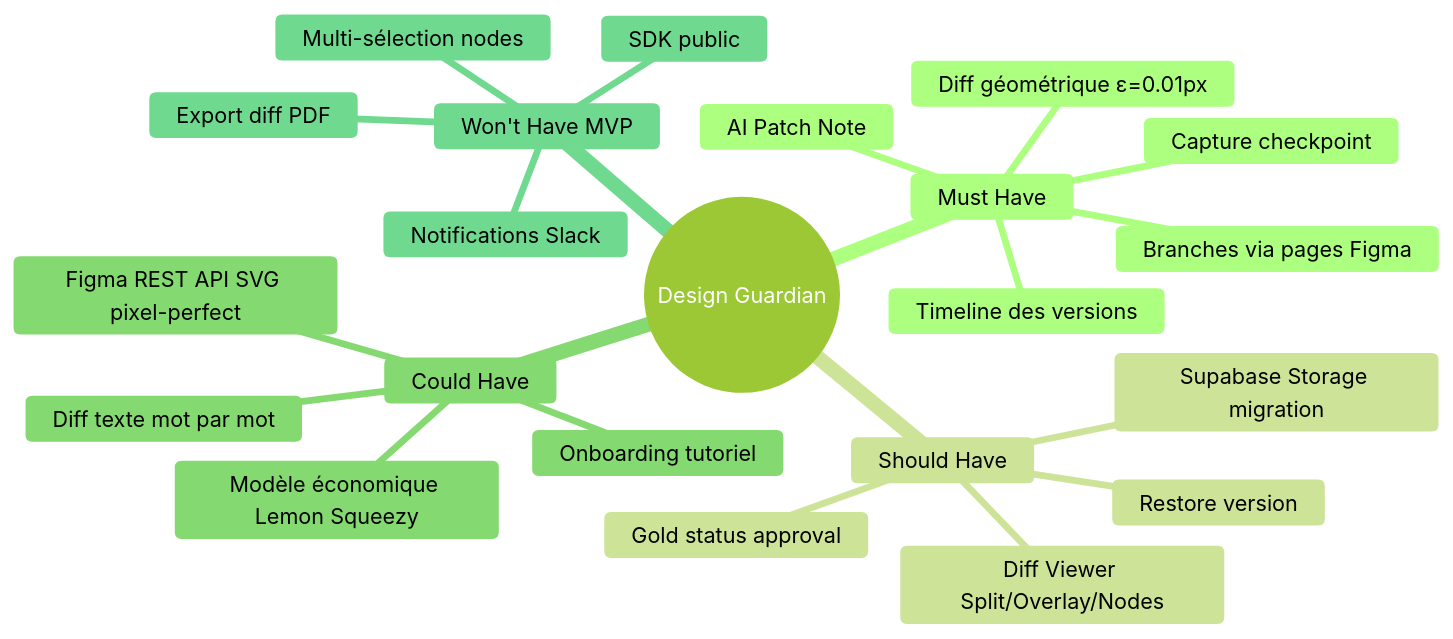
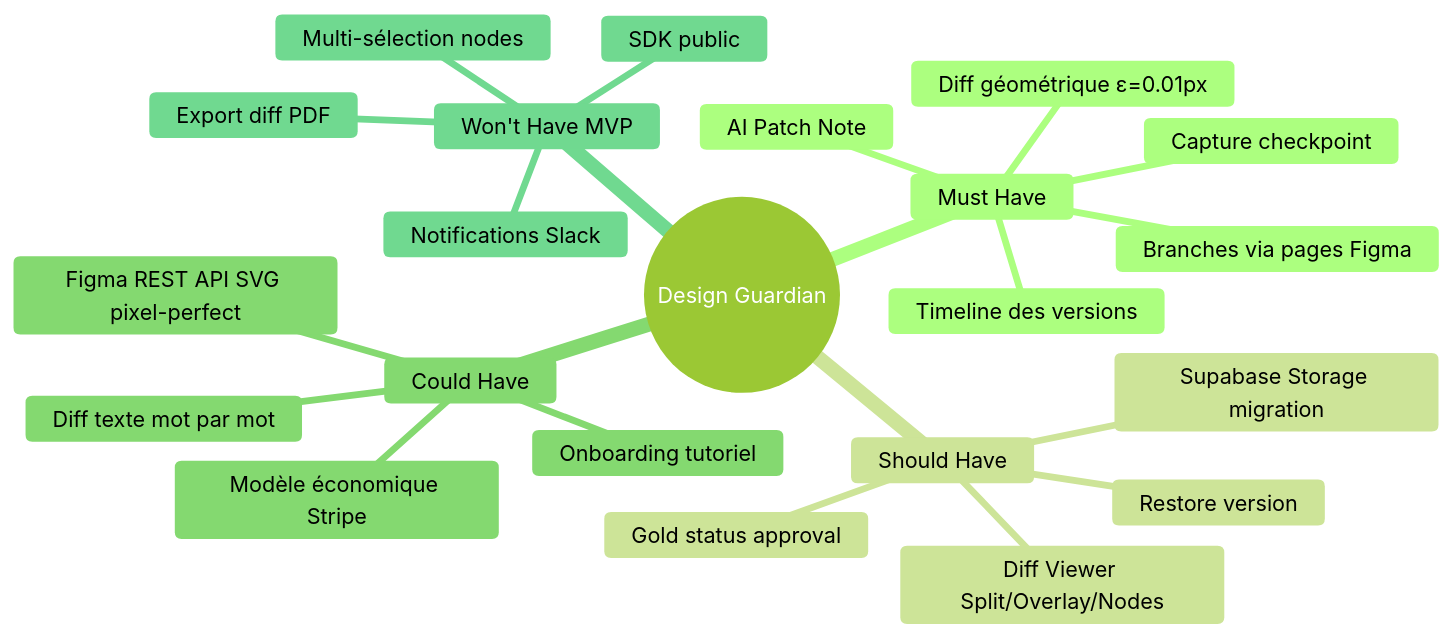
Before and after one commit to Hardi99/design-guardian: the third of 3 diagrams in docs/BC01/02-gantt.md, drawn with Mermaid (forest theme). The commit also changed other lines of this file and 17 other files, not shown here.

````diff
--- a/docs/BC01/02-gantt.md
+++ b/docs/BC01/02-gantt.md
@@ -120,25 +102,25 @@
 ```mermaid
 mindmap
   root((Design Guardian))
     Must Have
       Capture checkpoint
       Diff géométrique ε=0.01px
       AI Patch Note
       Timeline des versions
       Branches via pages Figma
     Should Have
       Gold status approval
       Diff Viewer Split/Overlay/Nodes
       Restore version
       Supabase Storage migration
     Could Have
       Figma REST API SVG pixel-perfect
-      Modèle économique Lemon Squeezy
+      Modèle économique Stripe
       Diff texte mot par mot
       Onboarding tutoriel
     Won't Have MVP
       SDK public
       Export diff PDF
       Notifications Slack
       Multi-sélection nodes
 ```
````
